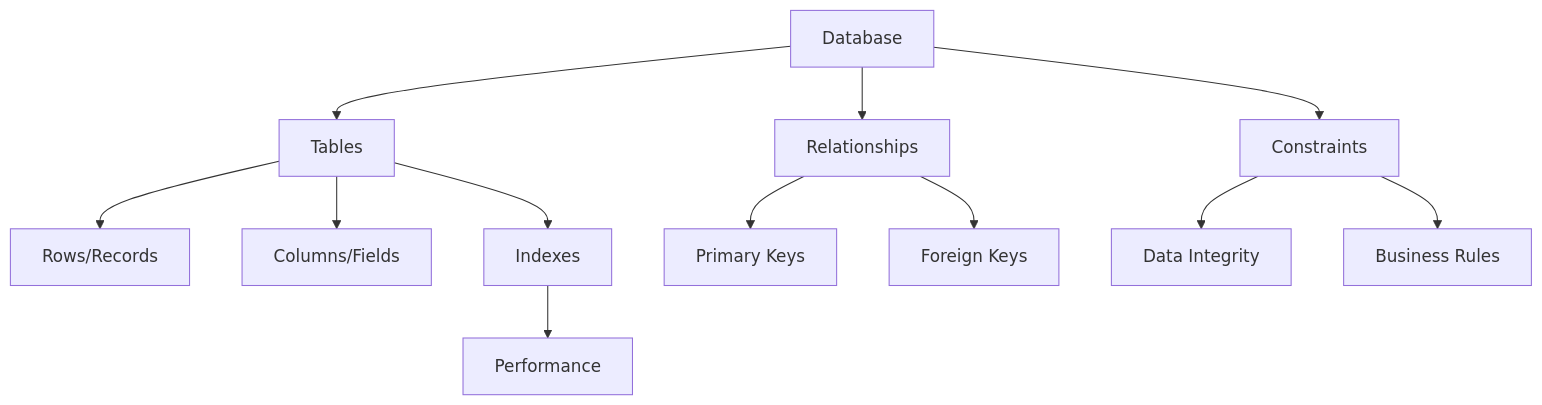
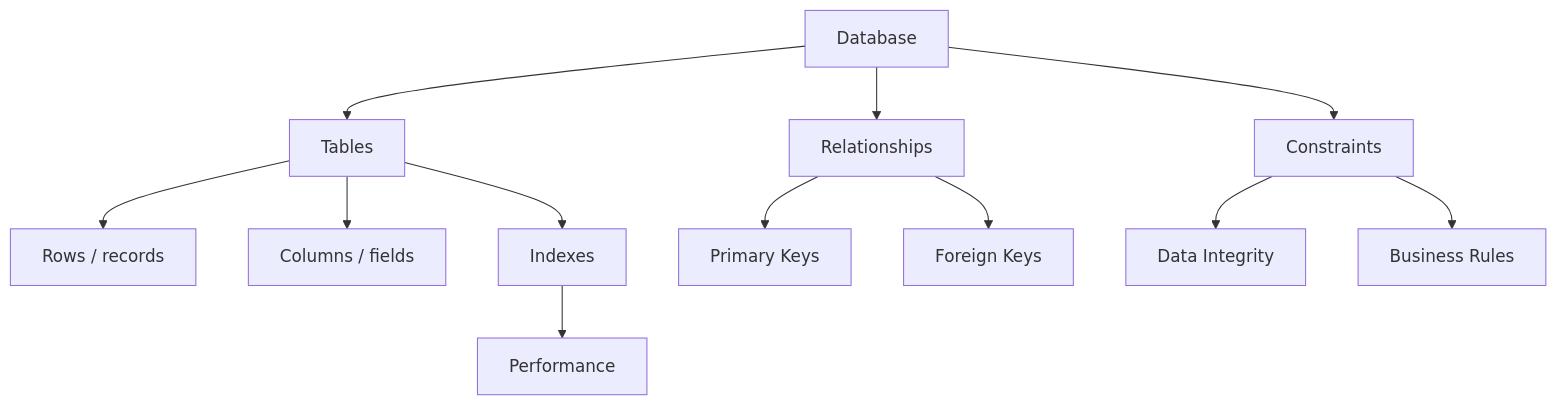
One commit to codebyshennan/dsai changed the first of 2 diagrams in docs/2-data-wrangling/2.1-sql/README.md. Above: the diagram before and after it, drawn with Mermaid. The commit also changed other lines of this file and 223 other files, not shown here.

````diff
--- a/docs/2-data-wrangling/2.1-sql/README.md
+++ b/docs/2-data-wrangling/2.1-sql/README.md
@@ -168,14 +168,14 @@
 ```mermaid
-graph TD
+flowchart TD
     A[Database] --> B[Tables]
-    B --> C[Rows/Records]
-    B --> D[Columns/Fields]
+    B --> C["Rows / records"]
+    B --> D["Columns / fields"]
     A --> E[Relationships]
     E --> F[Primary Keys]
     E --> G[Foreign Keys]
     A --> H[Constraints]
     H --> I[Data Integrity]
     H --> J[Business Rules]
     B --> K[Indexes]
     K --> L[Performance]
 ```
````
